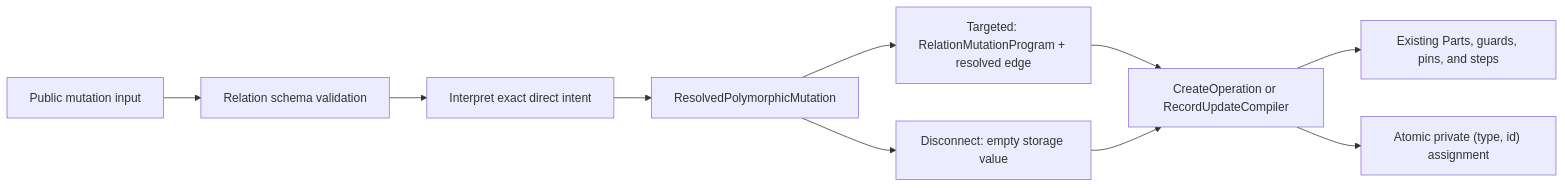
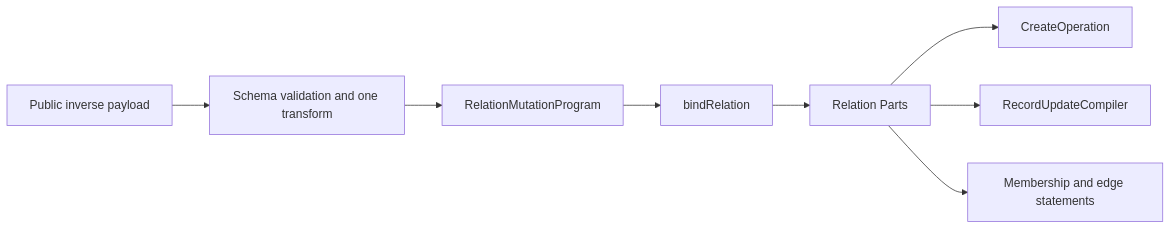
The diagram in features-docs/polymorphic-relations.md (beynar/viborm), drawn with Mermaid before and after one commit. The commit also changed other lines of this file and 45 other files, not shown here.

Commit message:
feat: expand polymorphic inverse writes

````diff
--- a/features-docs/polymorphic-relations.md
+++ b/features-docs/polymorphic-relations.md
@@ -703,12 +407,10 @@
 ```mermaid
 flowchart LR
-  A["Public mutation input"] --> B["Relation schema validation"]
-  B --> C["Interpret exact direct intent"]
-  C --> D["ResolvedPolymorphicMutation"]
-  D --> E["Targeted: RelationMutationProgram + resolved edge"]
-  D --> H["Disconnect: empty storage value"]
-  E --> F["CreateOperation or RecordUpdateCompiler"]
-  H --> F
-  F --> G["Existing Parts, guards, pins, and steps"]
-  F --> I["Atomic private (type, id) assignment"]
+  A["Public inverse payload"] --> B["Schema validation and one transform"]
+  B --> C["RelationMutationProgram"]
+  C --> D["bindRelation"]
+  D --> E["Relation Parts"]
+  E --> F["CreateOperation"]
+  E --> G["RecordUpdateCompiler"]
+  E --> H["Membership and edge statements"]
 ```
````
